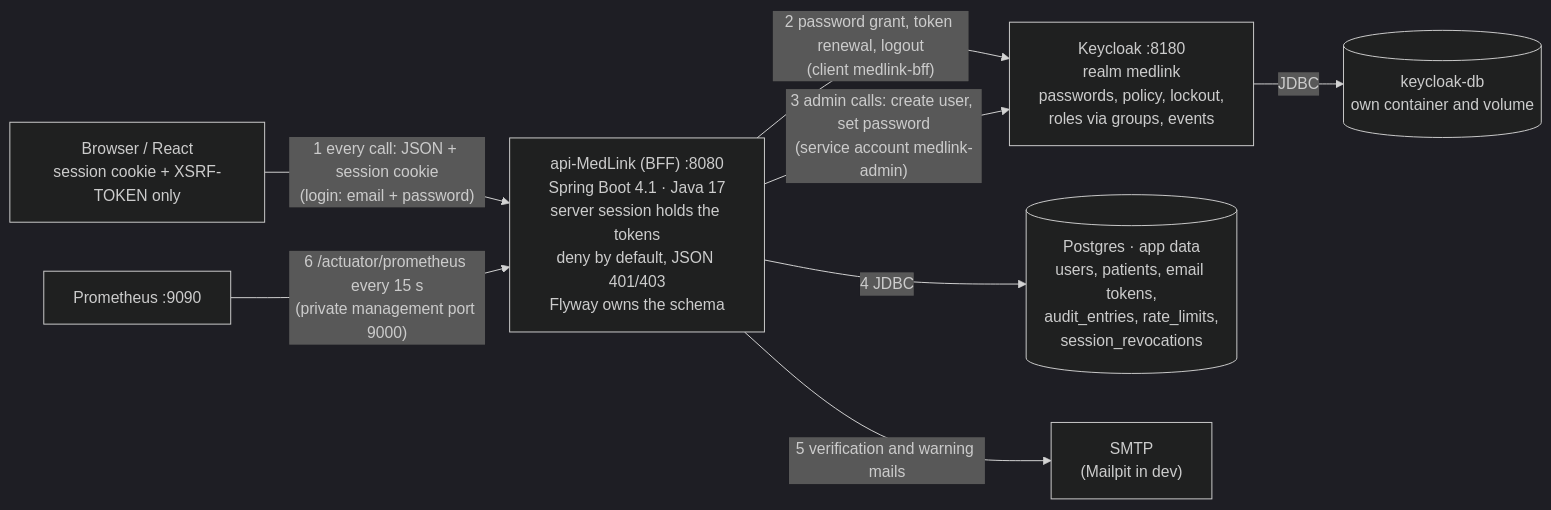
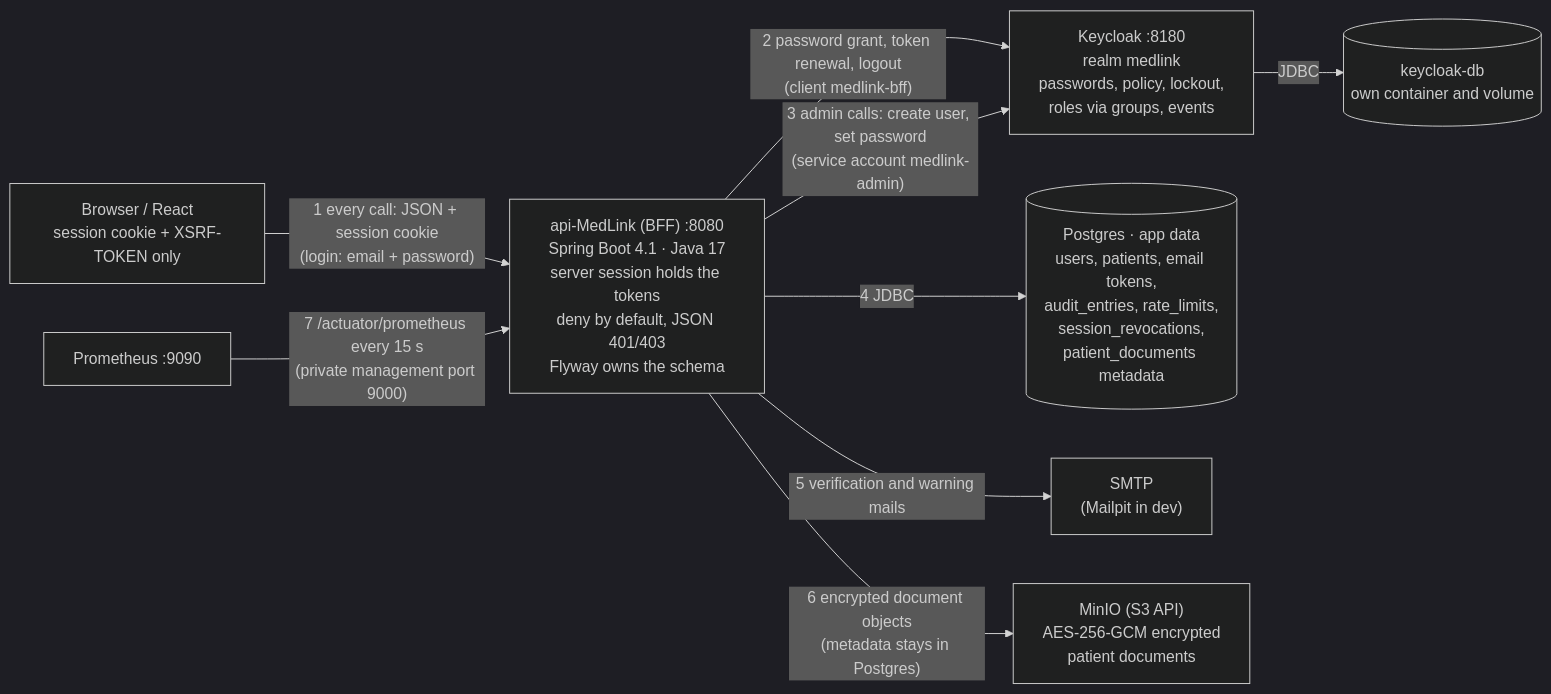
Before and after one commit to assali-mohamed-ali/api-MedLink: the first of 5 diagrams in docs/ARCHITECTURE.md, drawn with Mermaid (dark theme). The commit also changed other lines of this file and 6 other files, not shown here.

First line of the commit message:
docs: document patient document storage, API and Postman flow

````diff
--- a/docs/ARCHITECTURE.md
+++ b/docs/ARCHITECTURE.md
@@ -34,17 +34,19 @@
 ```mermaid
 flowchart LR
   BR["Browser / React<br/>session cookie + XSRF-TOKEN only"]
   API["api-MedLink (BFF) :8080<br/>Spring Boot 4.1 · Java 17<br/>server session holds the tokens<br/>deny by default, JSON 401/403<br/>Flyway owns the schema"]
   KC["Keycloak :8180<br/>realm medlink<br/>passwords, policy, lockout,<br/>roles via groups, events"]
   KCDB[("keycloak-db<br/>own container and volume")]
-  APPDB[("Postgres · app data<br/>users, patients, email tokens,<br/>audit_entries, rate_limits,<br/>session_revocations")]
+  APPDB[("Postgres · app data<br/>users, patients, email tokens,<br/>audit_entries, rate_limits,<br/>session_revocations,<br/>patient_documents metadata")]
   MAIL["SMTP<br/>(Mailpit in dev)"]
+  MINIO["MinIO (S3 API)<br/>AES-256-GCM encrypted<br/>patient documents"]
   PROM["Prometheus :9090"]
   BR -- "1 every call: JSON + session cookie<br/>(login: email + password)" --> API
   API -- "2 password grant, token renewal, logout<br/>(client medlink-bff)" --> KC
   API -- "3 admin calls: create user, set password<br/>(service account medlink-admin)" --> KC
   API -- "4 JDBC" --> APPDB
   KC -- "JDBC" --> KCDB
   API -- "5 verification and warning mails" --> MAIL
-  PROM -- "6 /actuator/prometheus every 15 s<br/>(private management port 9000)" --> API
+  API -- "6 encrypted document objects<br/>(metadata stays in Postgres)" --> MINIO
+  PROM -- "7 /actuator/prometheus every 15 s<br/>(private management port 9000)" --> API
 ```
````
